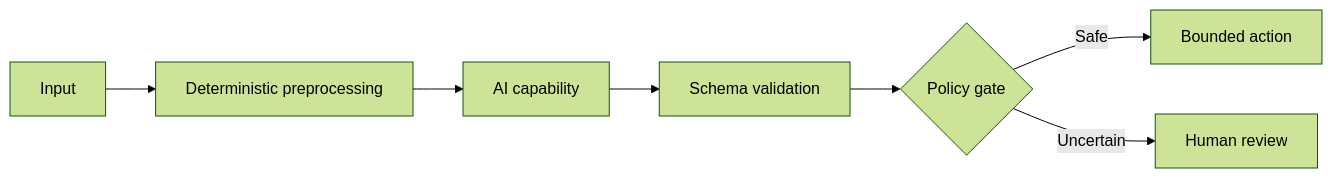
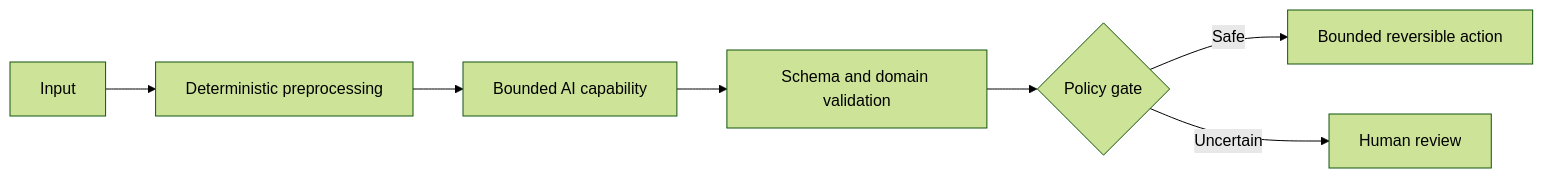
The diagram in templates/case-study.md (penguinboy1108/AI_Engineering_Playbook), drawn with Mermaid (forest theme) before and after one commit. The commit also changed other lines of this file and 22 other files, not shown here.

````diff
--- a/templates/case-study.md
+++ b/templates/case-study.md
@@ -50,9 +60,9 @@
 ```mermaid
 flowchart LR
     A[Input] --> B[Deterministic preprocessing]
-    B --> C[AI capability]
-    C --> D[Schema validation]
+    B --> C[Bounded AI capability]
+    C --> D[Schema and domain validation]
     D --> E{Policy gate}
-    E -->|Safe| F[Bounded action]
+    E -->|Safe| F[Bounded reversible action]
     E -->|Uncertain| G[Human review]
 ```
````
